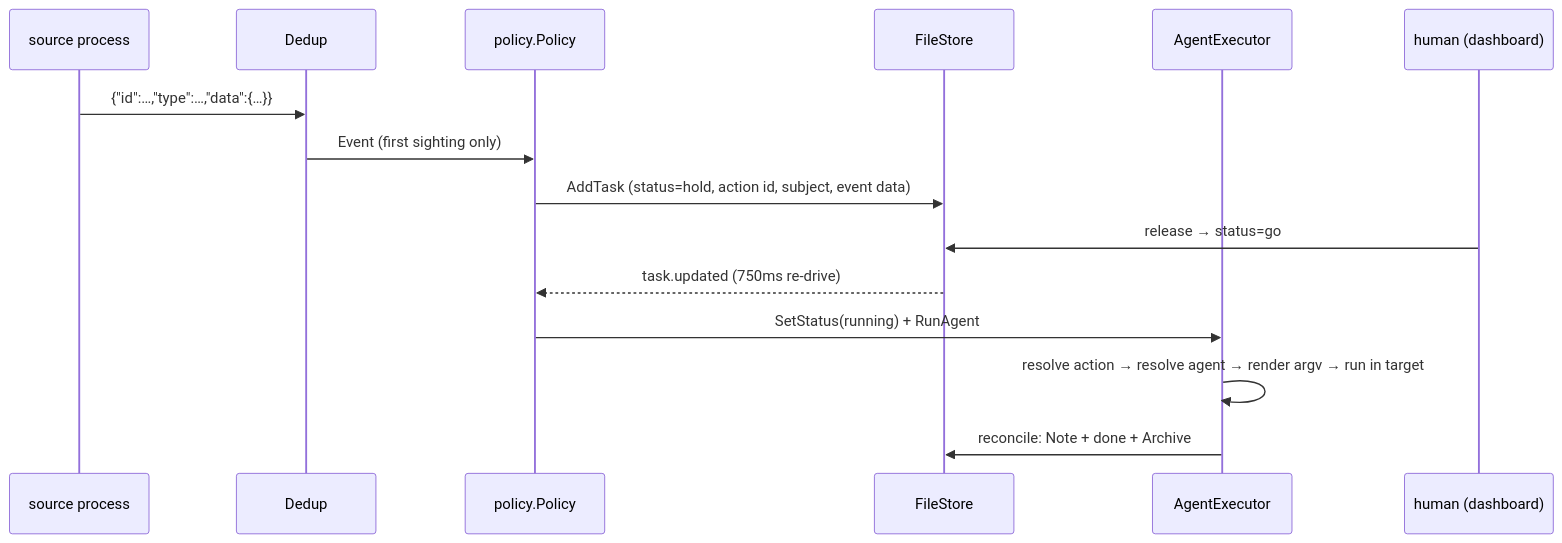
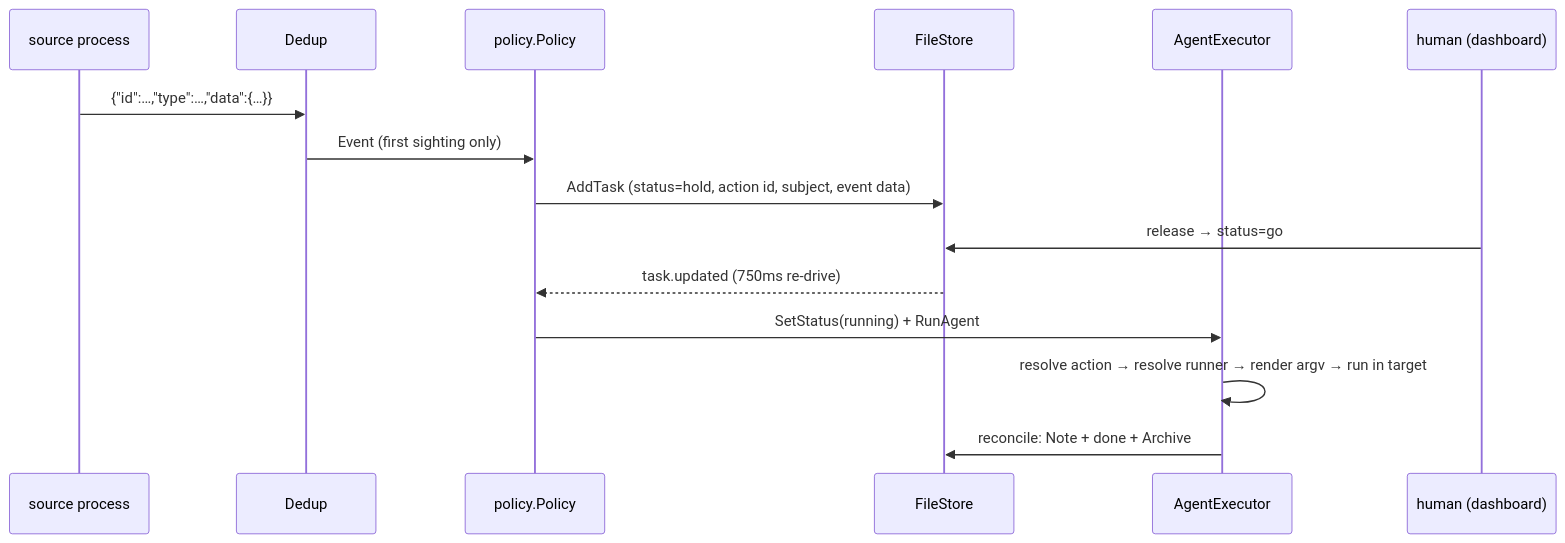
One commit to jwarykowski/drover changed the fourth of 4 diagrams in docs/architecture.md. Above: the diagram before and after it, drawn with Mermaid. The commit also changed other lines of this file and 1 other file, not shown here.

First line of the commit message:
docs: finish agent→runner rename in README and architecture doc

````diff
--- a/docs/architecture.md
+++ b/docs/architecture.md
@@ -169,18 +169,18 @@
 ```mermaid
 sequenceDiagram
     participant Src as source process
     participant D as Dedup
     participant Pol as policy.Policy
     participant FS as FileStore
     participant Ag as AgentExecutor
     participant H as human (dashboard)
 
     Src->>D: {"id":…,"type":…,"data":{…}}
     D->>Pol: Event (first sighting only)
     Pol->>FS: AddTask (status=hold, action id, subject, event data)
     H->>FS: release → status=go
     FS-->>Pol: task.updated (750ms re-drive)
     Pol->>Ag: SetStatus(running) + RunAgent
-    Ag->>Ag: resolve action → resolve agent → render argv → run in target
+    Ag->>Ag: resolve action → resolve runner → render argv → run in target
     Ag->>FS: reconcile: Note + done + Archive
 ```
````
